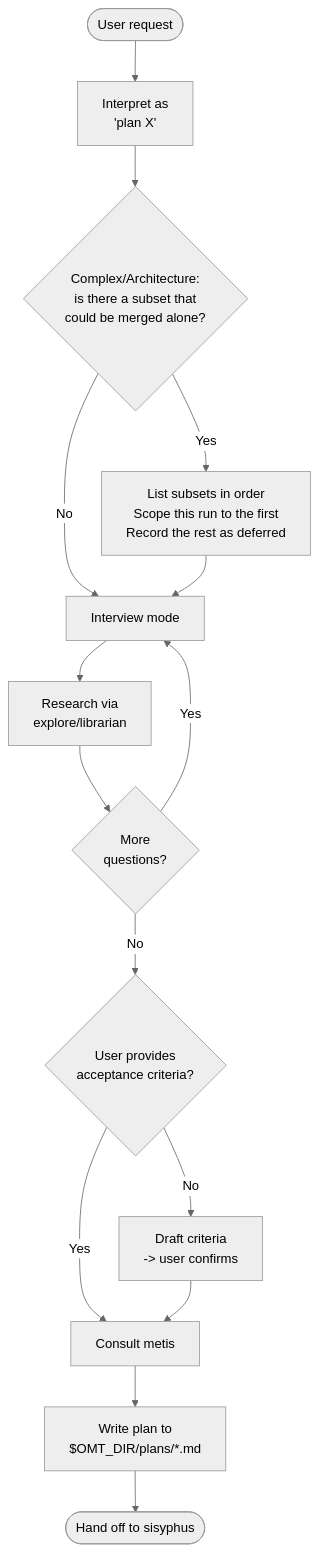
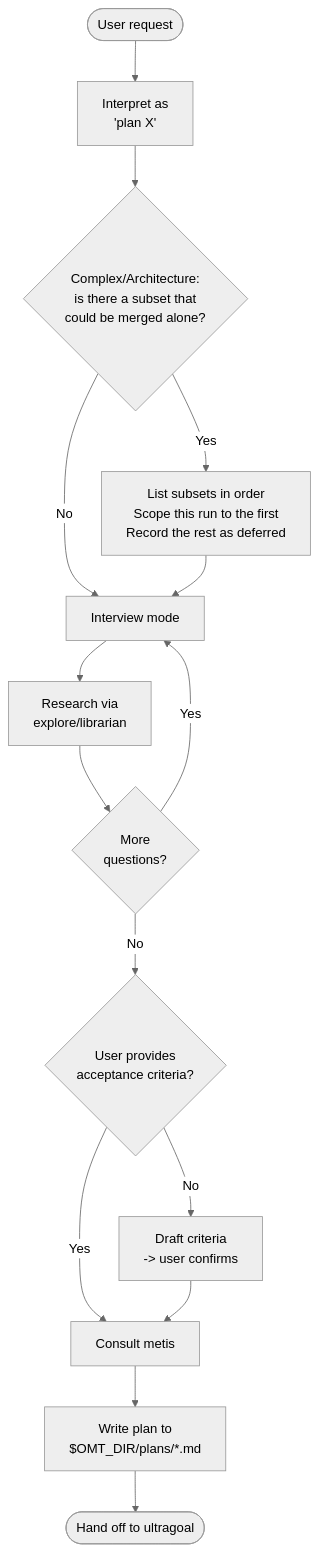
Before and after one commit to toongri/oh-my-toong-playground: the third of 4 diagrams in docs/skills/core-pipeline.en.md, drawn with Mermaid (neutral theme). The commit also changed other lines of this file and 2 other files, not shown here.

````diff
--- a/docs/skills/core-pipeline.en.md
+++ b/docs/skills/core-pipeline.en.md
@@ -97,17 +99,17 @@
 ```mermaid
 flowchart TB
     Start([User request]) --> Interpret["Interpret as<br/>'plan X'"]
     Interpret --> Split{"Complex/Architecture:<br/>is there a subset that<br/>could be merged alone?"}
     Split -->|No| Interview[Interview mode]
     Split -->|Yes| Slice["List subsets in order<br/>Scope this run to the first<br/>Record the rest as deferred"]
     Slice --> Interview
     Interview --> Research[Research via<br/>explore/librarian]
     Research --> More{More<br/>questions?}
     More -->|Yes| Interview
     More -->|No| Criteria{User provides<br/>acceptance criteria?}
     Criteria -->|Yes| Metis[Consult metis]
     Criteria -->|No| Draft[Draft criteria<br/>-> user confirms]
     Draft --> Metis
     Metis --> Write["Write plan to<br/>$OMT_DIR/plans/*.md"]
-    Write --> Handoff([Hand off to sisyphus])
+    Write --> Handoff([Hand off to ultragoal])
 ```
````
